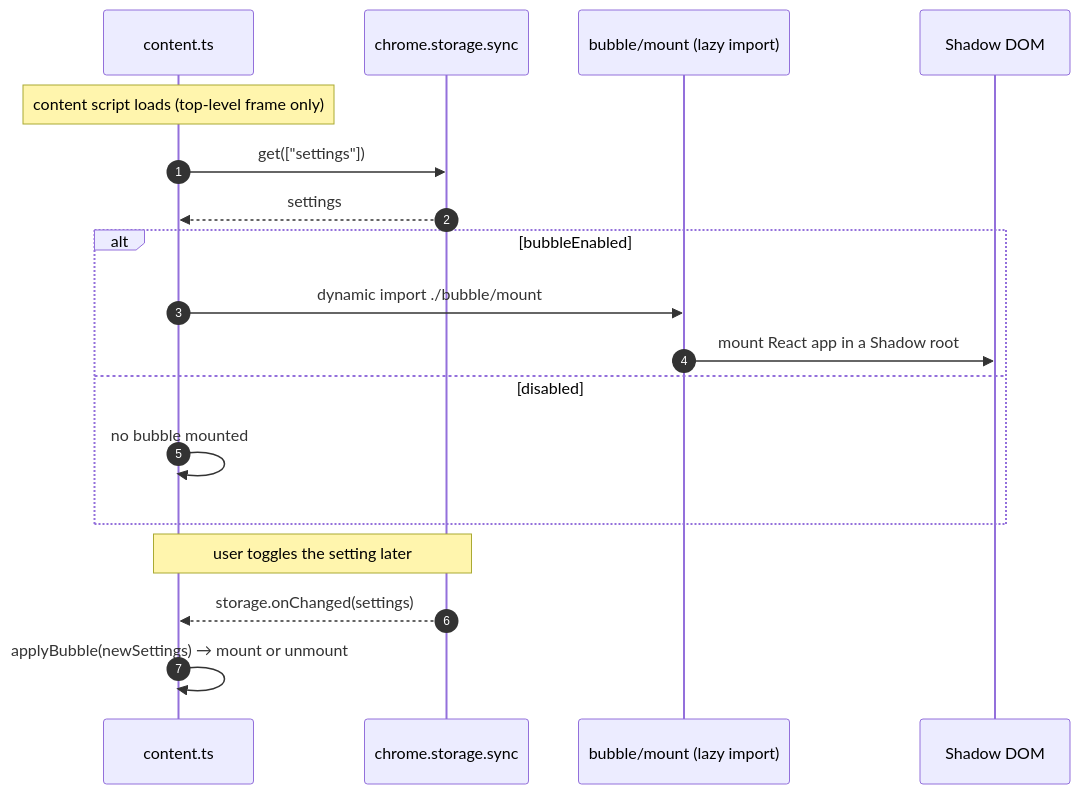
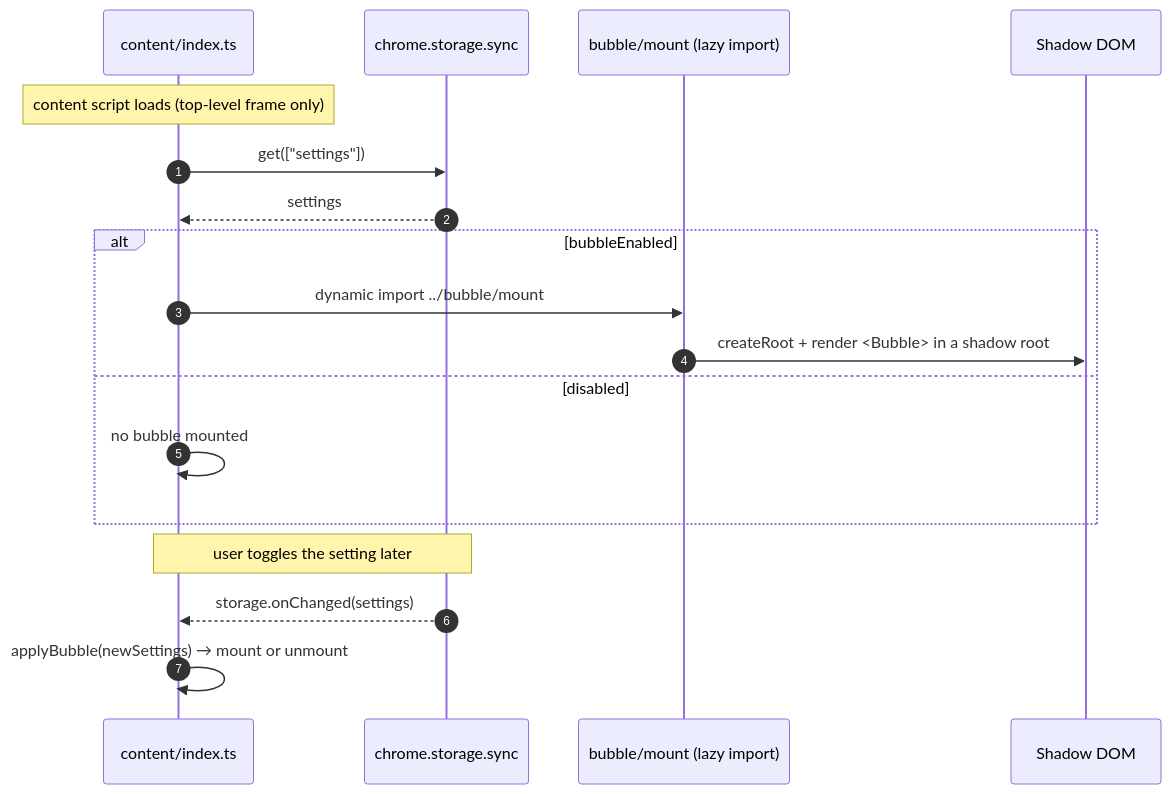
The first of 2 diagrams in docs/guides/bubble.md (mralaminahamed/media-bulk-downloads), drawn with Mermaid before and after one commit. The commit also changed other lines of this file and 2 other files, not shown here.

First line of the commit message:
docs(guides): rewrite download-paths, bubble, deep-scan (verified vs code)

````diff
--- a/docs/guides/bubble.md
+++ b/docs/guides/bubble.md
@@ -10,22 +13,22 @@
 ```mermaid
 sequenceDiagram
   autonumber
-  participant CS as content.ts
+  participant CS as content/index.ts
   participant ST as chrome.storage.sync
   participant M as bubble/mount (lazy import)
   participant SD as Shadow DOM
 
   Note over CS: content script loads (top-level frame only)
   CS->>ST: get(["settings"])
   ST-->>CS: settings
   alt bubbleEnabled
-    CS->>M: dynamic import ./bubble/mount
-    M->>SD: mount React app in a Shadow root
+    CS->>M: dynamic import ../bubble/mount
+    M->>SD: createRoot + render <Bubble> in a shadow root
   else disabled
     CS->>CS: no bubble mounted
   end
 
   Note over ST,CS: user toggles the setting later
   ST-->>CS: storage.onChanged(settings)
   CS->>CS: applyBubble(newSettings) → mount or unmount
 ```
````
